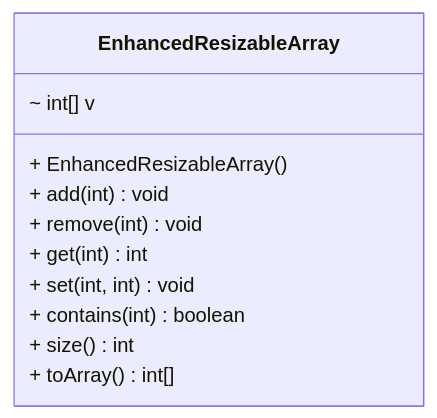
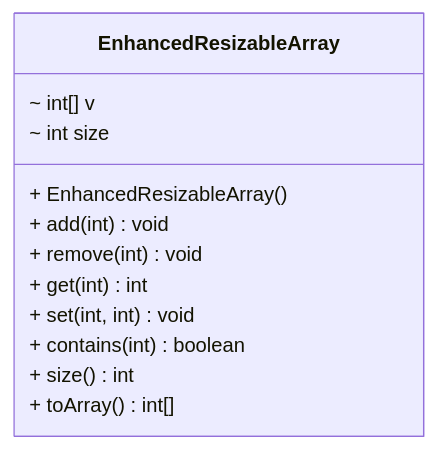
One commit to nbicocchi/learn-java-core changed the seventh of 14 diagrams in src/main/java/com/nbicocchi/exercises/oop/README.md. Above: the diagram before and after it, drawn with Mermaid.

````diff
--- a/src/main/java/com/nbicocchi/exercises/oop/README.md
+++ b/src/main/java/com/nbicocchi/exercises/oop/README.md
@@ -221,15 +221,16 @@
 ```mermaid
 classDiagram
 direction BT
 class EnhancedResizableArray {
   ~ int[] v
+  ~ int size
   + EnhancedResizableArray() 
   + add(int) void
   + remove(int) void
   + get(int) int
   + set(int, int) void
   + contains(int) boolean
   + size() int
   + toArray() int[]
 }
 ```
````
